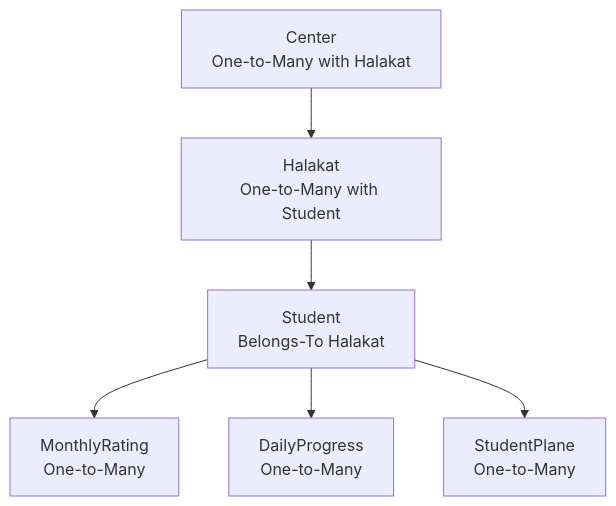
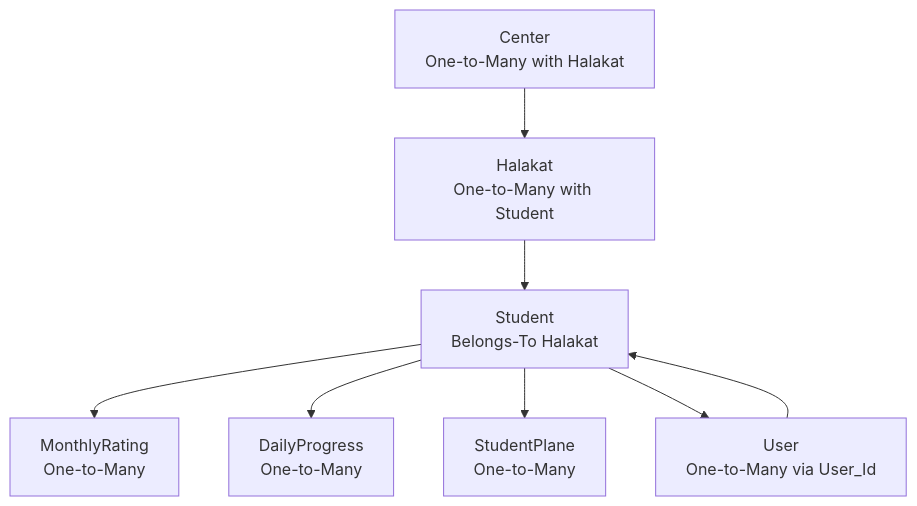
One commit to Mreng78/khirocom_project changed the second of 7 diagrams in .qoder/repowiki/en/content/Database Design/Student Model.md. Above: the diagram before and after it, drawn with Mermaid. The commit also changed other lines of this file and 13 other files, not shown here.

````diff
--- a/.qoder/repowiki/en/content/Database Design/Student Model.md
+++ b/.qoder/repowiki/en/content/Database Design/Student Model.md
@@ -87,8 +117,10 @@
 ```mermaid
 graph TB
 Center["Center<br/>One-to-Many with Halakat"] --> Halakat["Halakat<br/>One-to-Many with Student"]
 Halakat --> Student["Student<br/>Belongs-To Halakat"]
 Student --> MonthlyRating["MonthlyRating<br/>One-to-Many"]
 Student --> DailyProgress["DailyProgress<br/>One-to-Many"]
 Student --> StudentPlane["StudentPlane<br/>One-to-Many"]
+Student --> User["User<br/>One-to-Many via User_Id"]
+User --> Student
 ```
````
